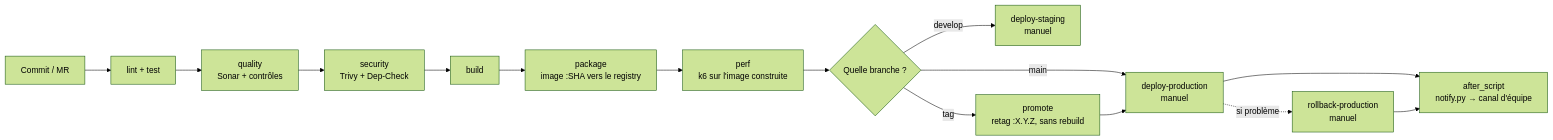
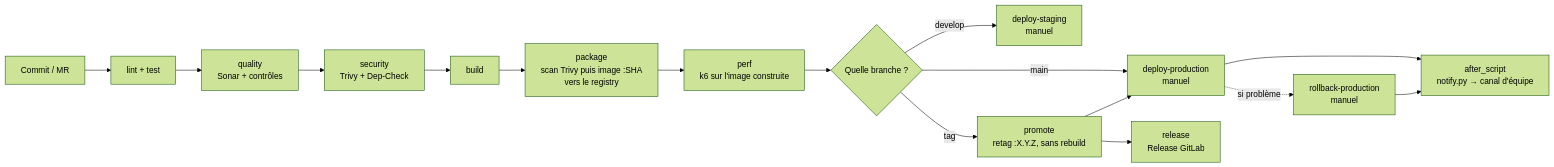
One commit to TedPasquiet/G-rez-le-cycle-de-vie-de-d-veloppement-logiciel changed the sixth of 6 diagrams in docs/documentation-ci-cd-complete.md. Above: the diagram before and after it, drawn with Mermaid (forest theme). The commit also changed other lines of this file and 33 other files, not shown here.

````diff
--- a/docs/documentation-ci-cd-complete.md
+++ b/docs/documentation-ci-cd-complete.md
@@ -952,17 +1402,18 @@
 ```mermaid
 flowchart LR
     A[Commit / MR] --> B[lint + test]
     B --> C[quality<br/>Sonar + contrôles]
     C --> D[security<br/>Trivy + Dep-Check]
     D --> E[build]
-    E --> F[package<br/>image :SHA vers le registry]
+    E --> F[package<br/>scan Trivy puis image :SHA<br/>vers le registry]
     F --> P[perf<br/>k6 sur l'image construite]
     P --> G{Quelle branche ?}
     G -- develop --> H[deploy-staging<br/>manuel]
     G -- main --> I[deploy-production<br/>manuel]
     G -- tag --> V[promote<br/>retag :X.Y.Z, sans rebuild]
+    V --> R[release<br/>Release GitLab]
     V --> I
     I -. si problème .-> J[rollback-production<br/>manuel]
     I --> N[after_script<br/>notify.py → canal d'équipe]
     J --> N
 ```
````
